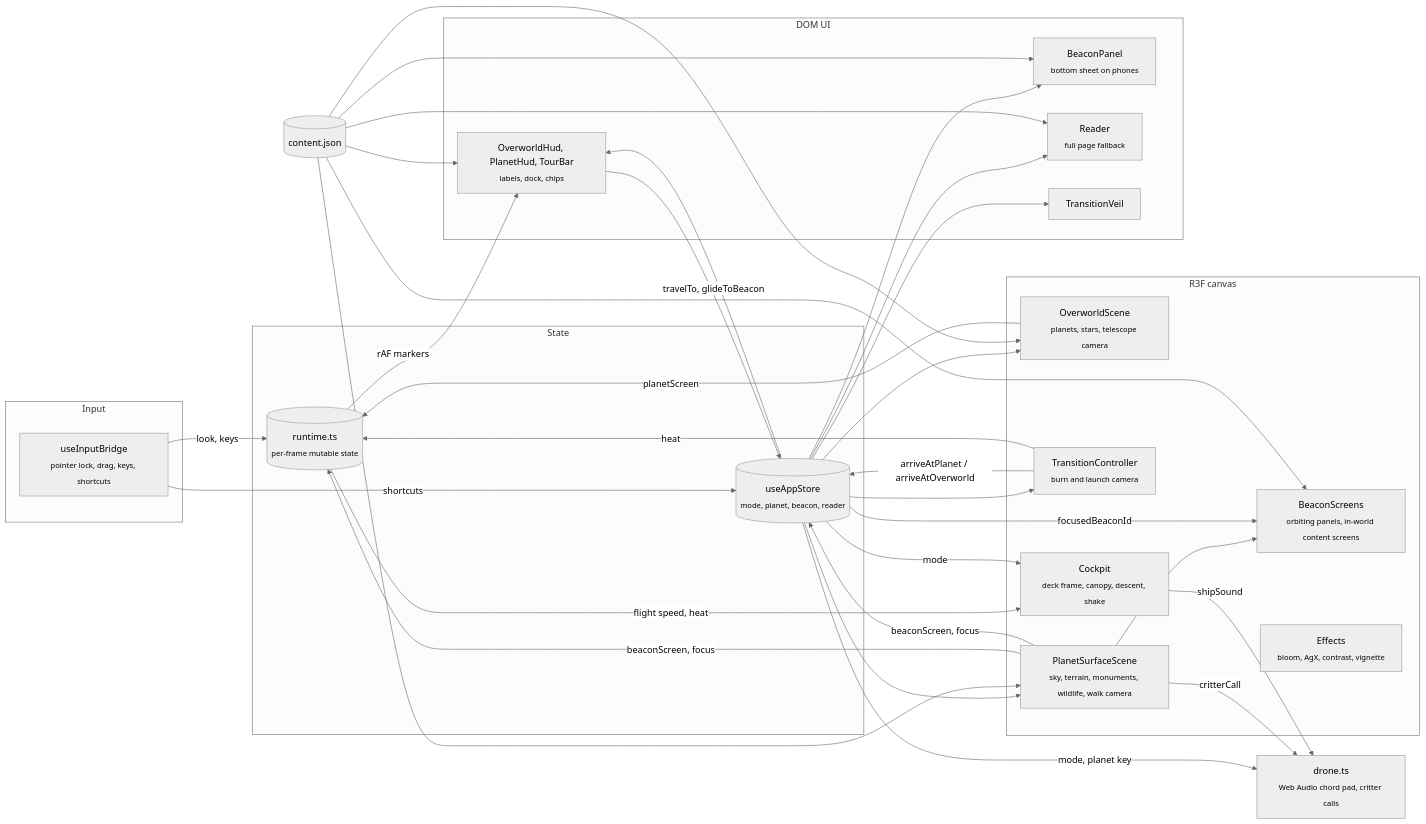
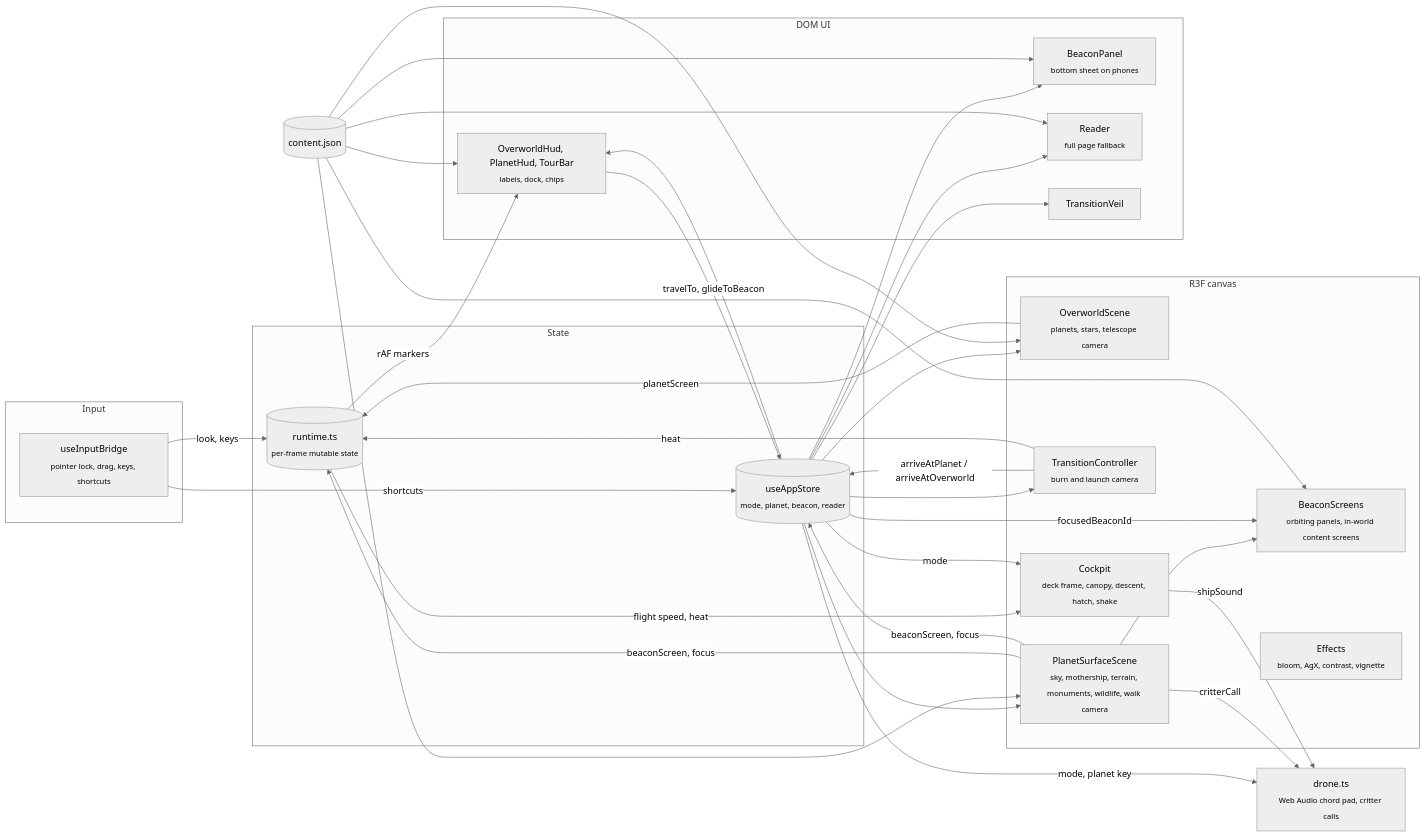
Before and after one commit to teddycitrus/portfolio: the first of 2 diagrams in README.md, drawn with Mermaid (neutral theme). The commit also changed other lines of this file and 9 other files, not shown here.

Commit message:
added landing hatch and mothership, darkened idle panels, removed X

````diff
--- a/README.md
+++ b/README.md
@@ -19,44 +19,44 @@
 ```mermaid
 flowchart LR
   subgraph Input
     bridge["useInputBridge<br/><sub>pointer lock, drag, keys, shortcuts</sub>"]
   end
   subgraph State
     store[("useAppStore<br/><sub>mode, planet, beacon, reader</sub>")]
     runtime[("runtime.ts<br/><sub>per-frame mutable state</sub>")]
   end
   subgraph Canvas["R3F canvas"]
     overworld["OverworldScene<br/><sub>planets, stars, telescope camera</sub>"]
-    surface["PlanetSurfaceScene<br/><sub>sky, terrain, monuments, wildlife, walk camera</sub>"]
+    surface["PlanetSurfaceScene<br/><sub>sky, mothership, terrain, monuments, wildlife, walk camera</sub>"]
     screens["BeaconScreens<br/><sub>orbiting panels, in-world content screens</sub>"]
     transition["TransitionController<br/><sub>burn and launch camera</sub>"]
-    ship["Cockpit<br/><sub>deck frame, canopy, descent, shake</sub>"]
+    ship["Cockpit<br/><sub>deck frame, canopy, descent, hatch, shake</sub>"]
     fx["Effects<br/><sub>bloom, AgX, contrast, vignette</sub>"]
   end
   subgraph DOM["DOM UI"]
     hud["OverworldHud, PlanetHud, TourBar<br/><sub>labels, dock, chips</sub>"]
     panel["BeaconPanel<br/><sub>bottom sheet on phones</sub>"]
     reader["Reader<br/><sub>full page fallback</sub>"]
     veil["TransitionVeil"]
   end
   content[("content.json")]
   drone["drone.ts<br/><sub>Web Audio chord pad, critter calls</sub>"]
 
   bridge -->|"look, keys"| runtime
   bridge -->|"shortcuts"| store
   store --> overworld & surface & transition & hud & panel & reader & veil
   overworld -->|"planetScreen"| runtime
   surface -->|"beaconScreen, focus"| runtime & store
   runtime -->|"rAF markers"| hud
   surface --> screens
   surface -->|"critterCall"| drone
   store -->|"focusedBeaconId"| screens
   store -->|"mode, planet key"| drone
   content --> overworld & surface & hud & panel & reader & screens
   hud -->|"travelTo, glideToBeacon"| store
   transition -->|"arriveAtPlanet / arriveAtOverworld"| store
   transition -->|"heat"| runtime
   runtime -->|"flight speed, heat"| ship
   store -->|"mode"| ship
   ship -->|"shipSound"| drone
 ```
````
